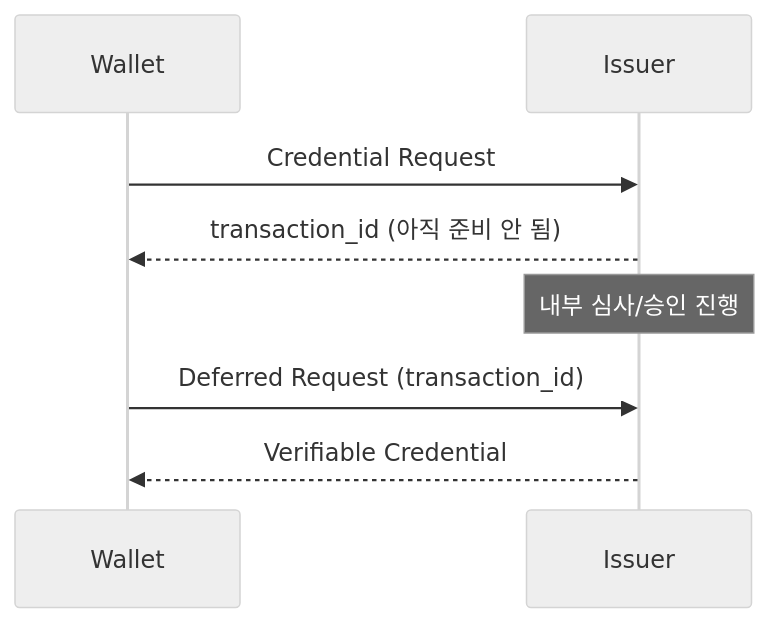
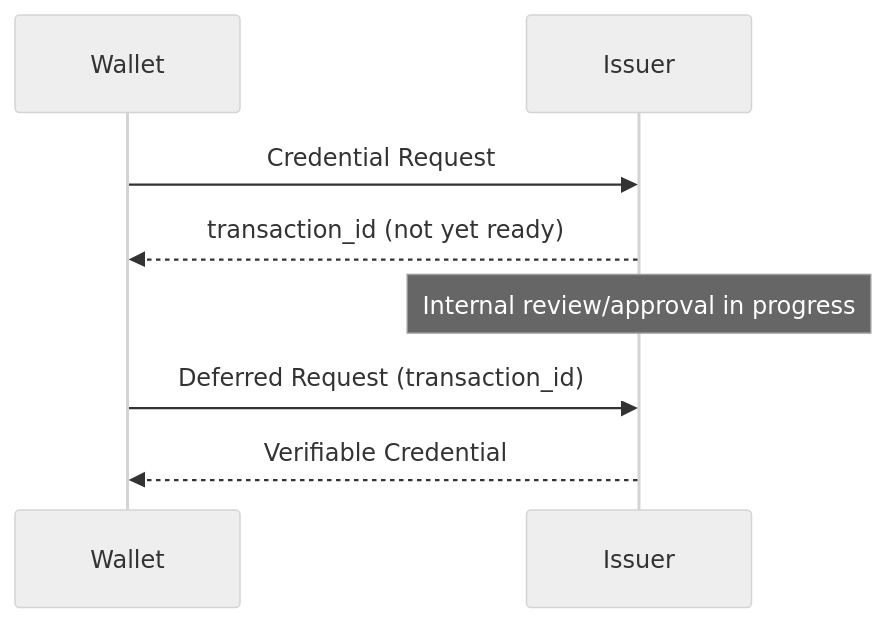
One commit to OmniOneID/poc-oid4vc changed the fourth of 4 diagrams in docs/concepts/oid4vci/oid4vci_issuance_flow.md. Above: the diagram before and after it, drawn with Mermaid (neutral theme). The commit also changed other lines of this file and 29 other files, not shown here.

````diff
--- a/docs/concepts/oid4vci/oid4vci_issuance_flow.md
+++ b/docs/concepts/oid4vci/oid4vci_issuance_flow.md
@@ -127,10 +127,10 @@
 ```mermaid
 sequenceDiagram
     participant W as Wallet
     participant I as Issuer
     W->>I: Credential Request
-    I-->>W: transaction_id (아직 준비 안 됨)
-    Note over I: 내부 심사/승인 진행
+    I-->>W: transaction_id (not yet ready)
+    Note over I: Internal review/approval in progress
     W->>I: Deferred Request (transaction_id)
     I-->>W: Verifiable Credential
 ```
````
